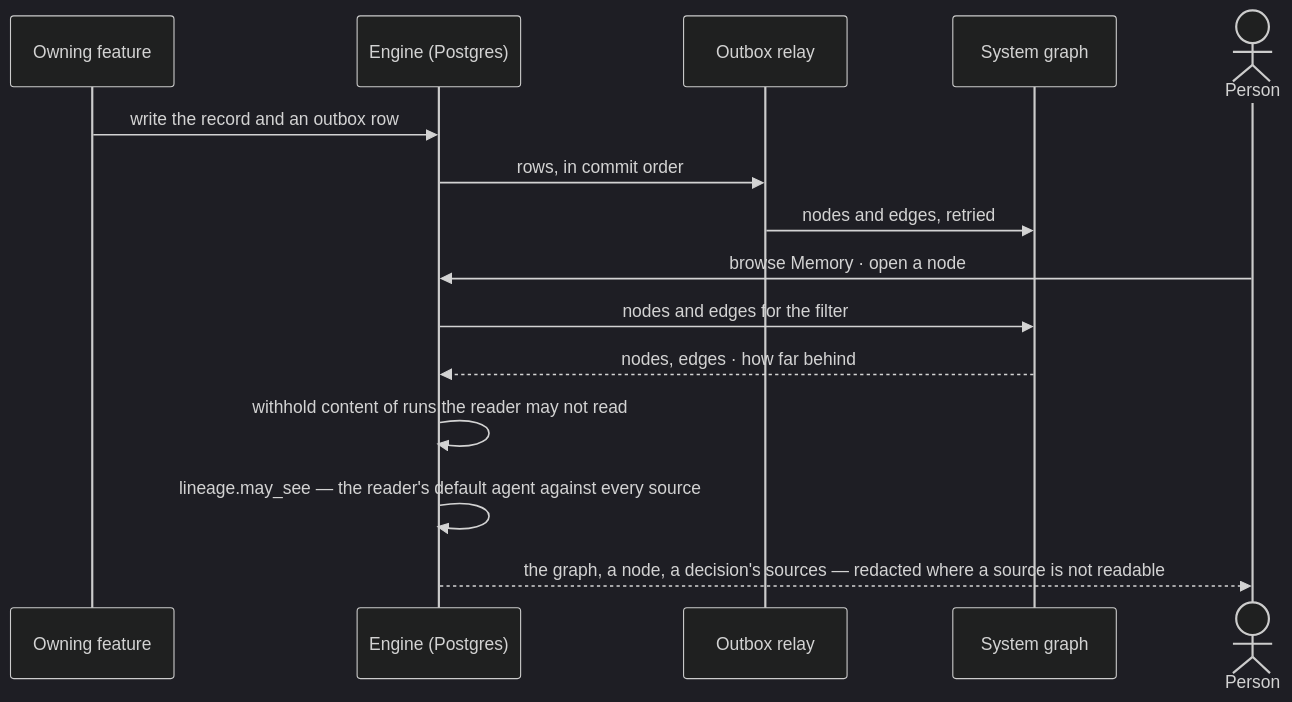
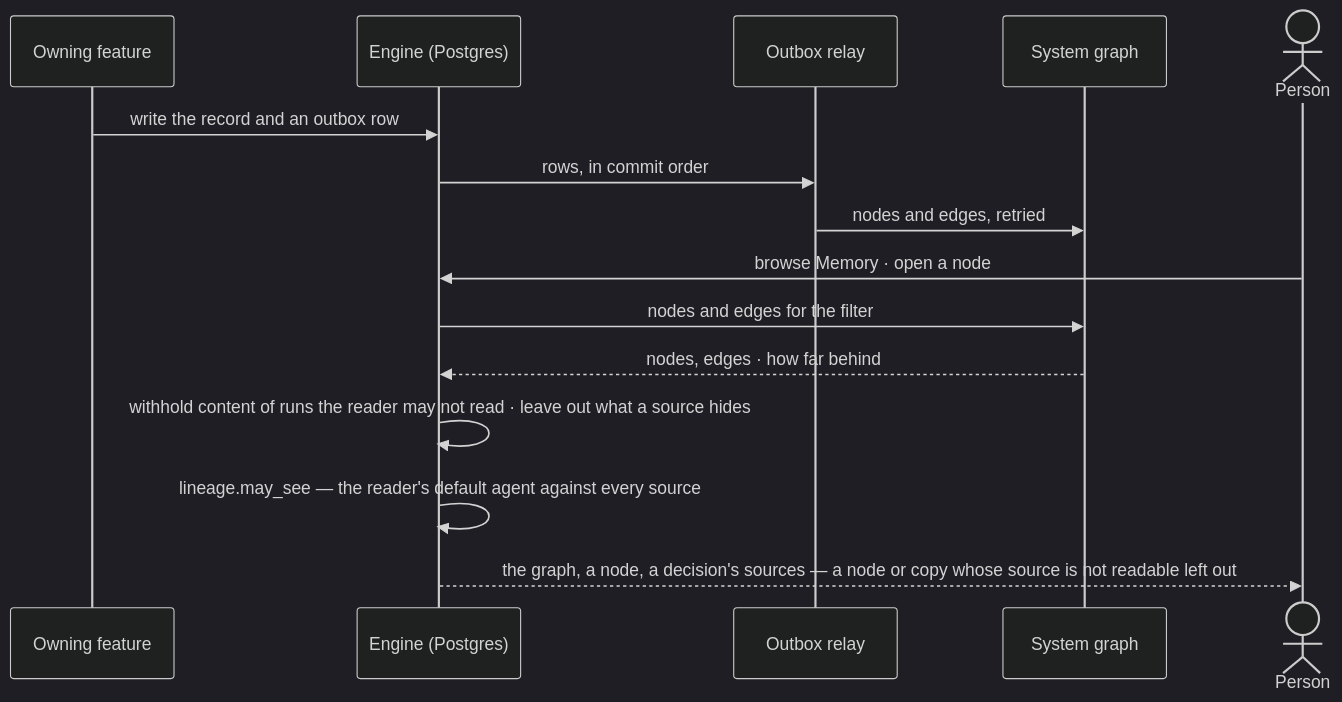
The second of 2 diagrams in specs/os/graph/features/GP-F02-memory/feature.md (invana/invana), drawn with Mermaid (dark theme) before and after one commit. The commit also changed other lines of this file and 69 other files, not shown here.

````diff
--- a/specs/os/graph/features/GP-F02-memory/feature.md
+++ b/specs/os/graph/features/GP-F02-memory/feature.md
@@ -56,17 +56,17 @@
 ```mermaid
 sequenceDiagram
   participant O as Owning feature
   participant E as Engine (Postgres)
   participant R as Outbox relay
   participant G as System graph
   actor P as Person
   O->>E: write the record and an outbox row
   E->>R: rows, in commit order
   R->>G: nodes and edges, retried
   P->>E: browse Memory · open a node
   E->>G: nodes and edges for the filter
   G-->>E: nodes, edges · how far behind
-  E->>E: withhold content of runs the reader may not read
+  E->>E: withhold content of runs the reader may not read · leave out what a source hides
   E->>E: lineage.may_see — the reader's default agent against every source
-  E-->>P: the graph, a node, a decision's sources — redacted where a source is not readable
+  E-->>P: the graph, a node, a decision's sources — a node or copy whose source is not readable left out
 ```
````
